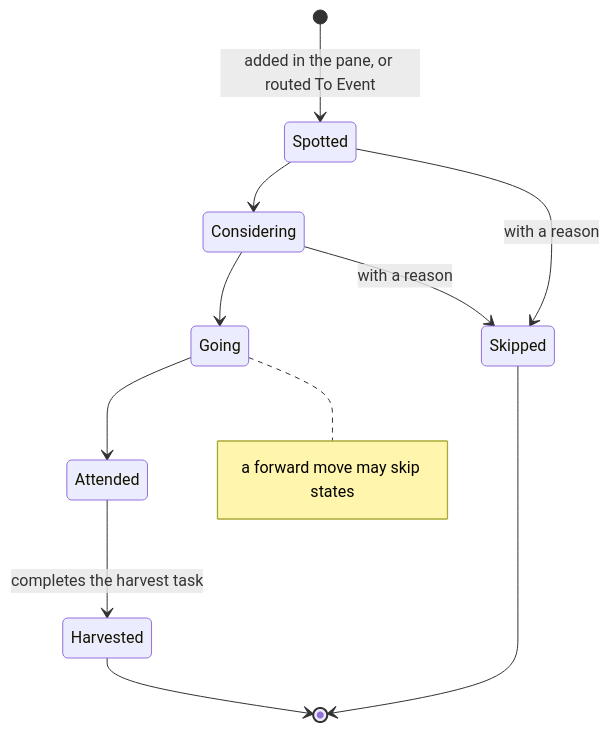
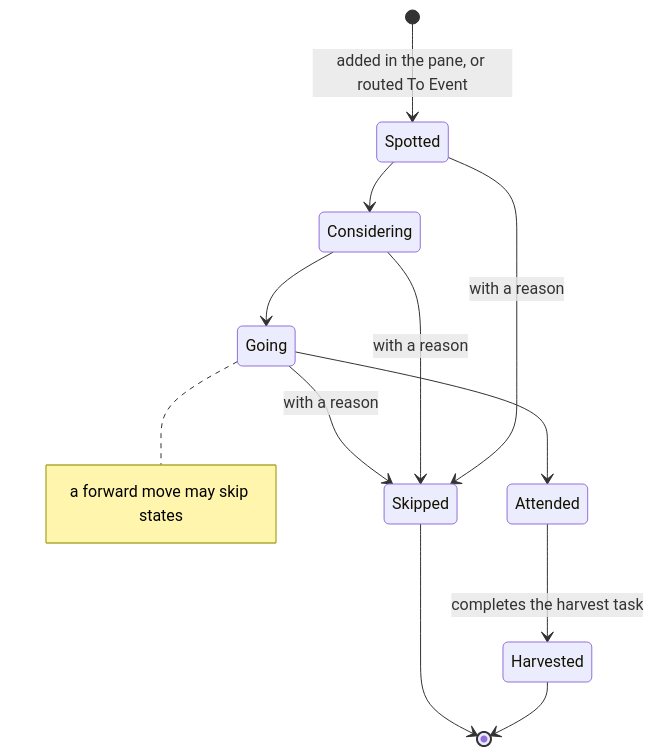
The first of 2 diagrams in .devbook/domain/events/domain.md (JSdotNet/Backlog), drawn with Mermaid before and after one commit. The commit also changed other lines of this file and 4 other files, not shown here.

First line of the commit message:
docs(events): let a Going event be skipped and an event be removed

````diff
--- a/.devbook/domain/events/domain.md
+++ b/.devbook/domain/events/domain.md
@@ -20,13 +20,14 @@
 ```mermaid
 stateDiagram-v2
   [*] --> Spotted : added in the pane, or routed To Event
   Spotted --> Considering
   Considering --> Going
   Going --> Attended
   Attended --> Harvested : completes the harvest task
   Spotted --> Skipped : with a reason
   Considering --> Skipped : with a reason
+  Going --> Skipped : with a reason
   Harvested --> [*]
   Skipped --> [*]
   note right of Going : a forward move may skip states
 ```
````
